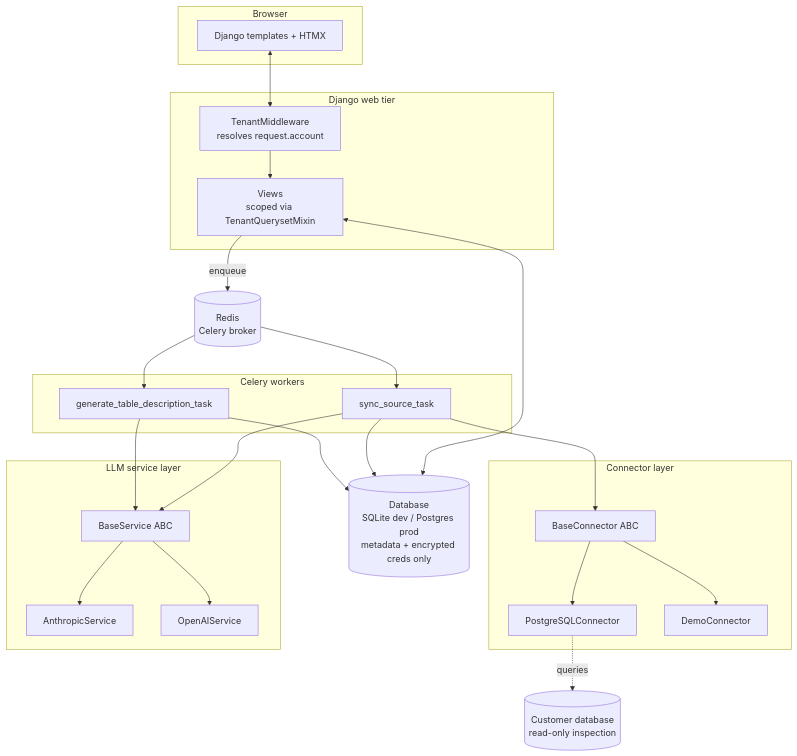
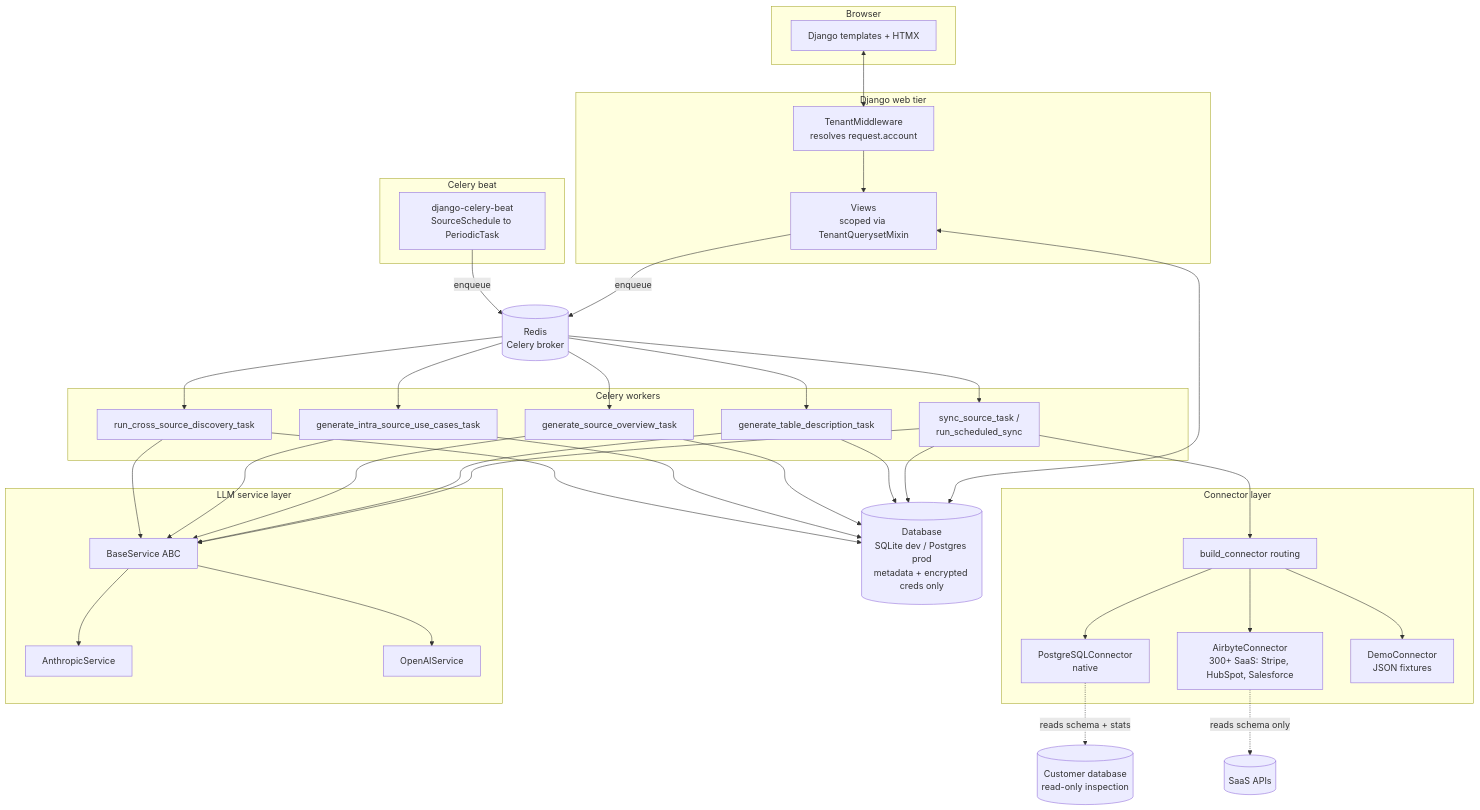
One commit to brayden-s-haws/Flint changed the first of 3 diagrams in README.md. Above: the diagram before and after it, drawn with Mermaid. The commit also changed other lines of this file and 6 other files, not shown here.

Commit message:
Remove unused "memory" folder and its files (MEMORY.md, project_mvp_status.md). Update README.md to document app statuses, demo mode, Airbyte-backed sources, major patterns, and sync processes. Add missing views and workflows to architecture diagrams.

````diff
--- a/README.md
+++ b/README.md
@@ -32,47 +52,67 @@
 ```mermaid
 flowchart TB
     subgraph Browser
         UI[Django templates + HTMX]
     end
 
     subgraph Web[Django web tier]
         MW[TenantMiddleware<br/>resolves request.account]
         Views[Views<br/>scoped via TenantQuerysetMixin]
     end
 
+    subgraph Beat[Celery beat]
+        Sched[django-celery-beat<br/>SourceSchedule to PeriodicTask]
+    end
+
     subgraph Workers[Celery workers]
-        SyncT[sync_source_task]
+        SyncT[sync_source_task /<br/>run_scheduled_sync]
         DescT[generate_table_description_task]
+        OverT[generate_source_overview_task]
+        UseT[generate_intra_source_use_cases_task]
+        XSrc[run_cross_source_discovery_task]
     end
 
     subgraph Conn[Connector layer]
-        BC[BaseConnector ABC]
-        PG[PostgreSQLConnector]
-        Demo[DemoConnector]
+        BC[build_connector routing]
+        PG[PostgreSQLConnector<br/>native]
+        AB[AirbyteConnector<br/>300+ SaaS: Stripe, HubSpot, Salesforce]
+        Demo[DemoConnector<br/>JSON fixtures]
     end
 
     subgraph LLM[LLM service layer]
         BS[BaseService ABC]
         Anth[AnthropicService]
         OAI[OpenAIService]
     end
 
     DB[(Database<br/>SQLite dev / Postgres prod<br/>metadata + encrypted creds only)]
     Redis[(Redis<br/>Celery broker)]
 
     UI <--> MW --> Views
     Views <--> DB
     Views -->|enqueue| Redis
+    Sched -->|enqueue| Redis
     Redis --> SyncT
     Redis --> DescT
+    Redis --> OverT
+    Redis --> UseT
+    Redis --> XSrc
     SyncT --> BC
     BC --> PG
+    BC --> AB
     BC --> Demo
     SyncT --> BS
     DescT --> BS
+    OverT --> BS
+    UseT --> BS
+    XSrc --> BS
     BS --> Anth
     BS --> OAI
-    PG -.queries.-> Customer[(Customer database<br/>read-only inspection)]
+    PG -.reads schema + stats.-> Customer[(Customer database<br/>read-only inspection)]
+    AB -.reads schema only.-> SaaS[(SaaS APIs)]
     SyncT --> DB
     DescT --> DB
+    OverT --> DB
+    UseT --> DB
+    XSrc --> DB
 ```
````
